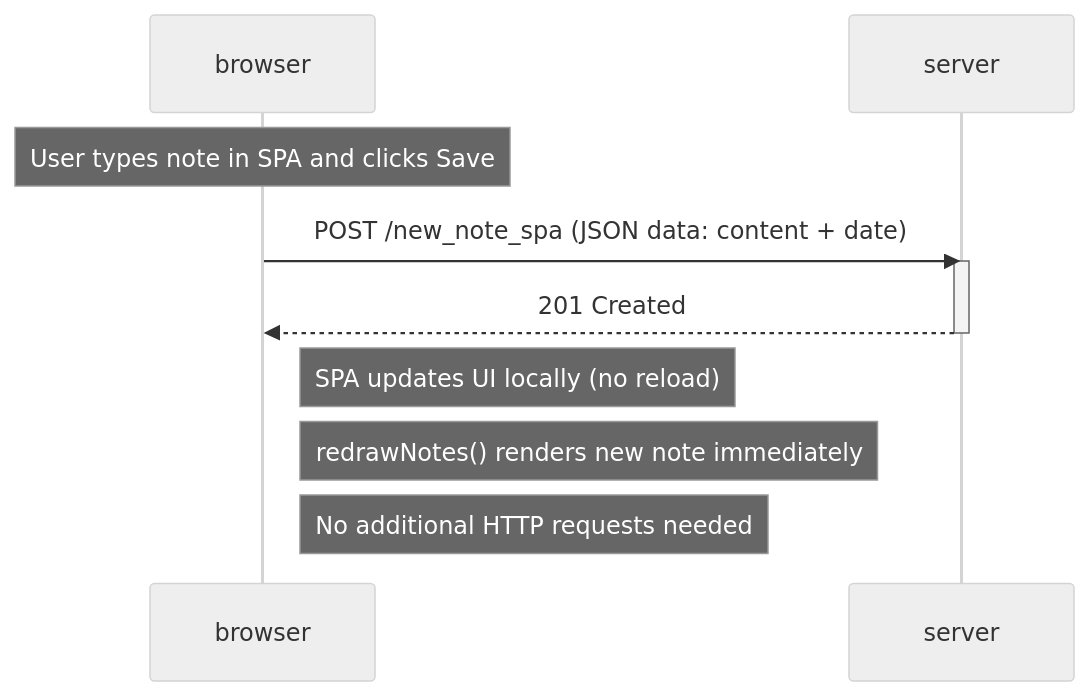
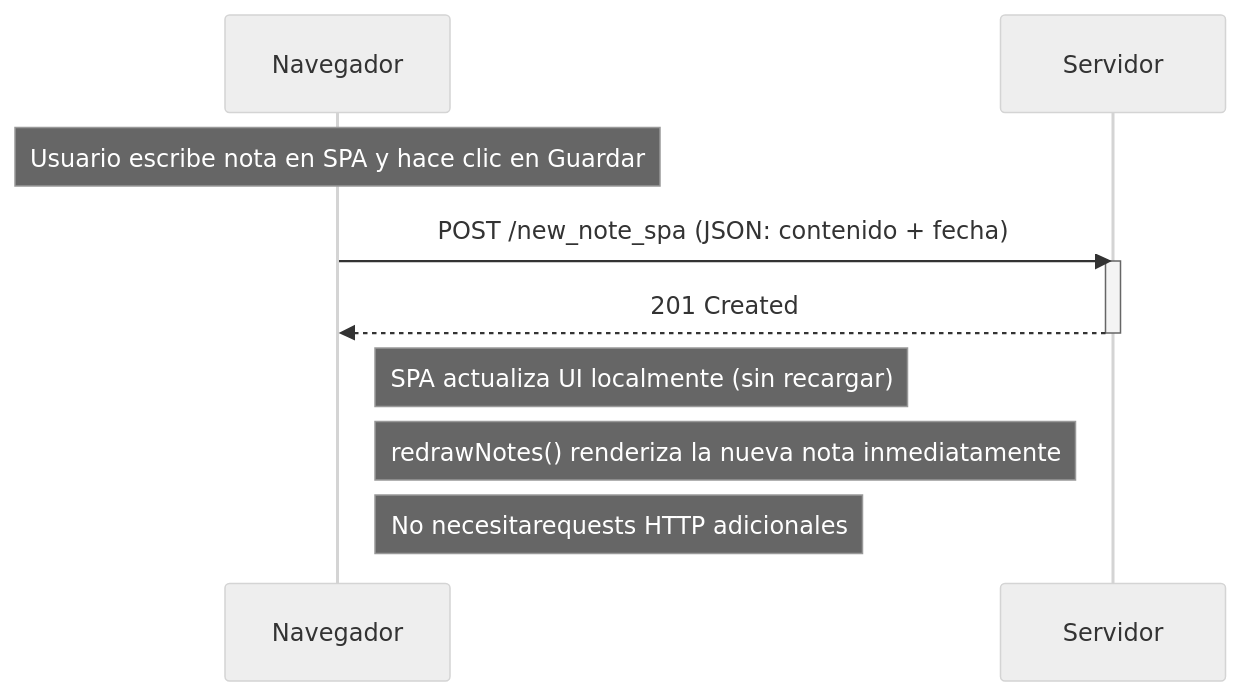
One commit to brujo-rojas/fullstackopen-open changed the diagram in part0/0.6-spa-new-note.mmd. Above: the diagram before and after it, drawn with Mermaid (neutral theme). The commit also changed 2 other files, not shown here.

Commit message:
fix: diagrams in Spanish, more descriptive

```diff
--- a/part0/0.6-spa-new-note.mmd
+++ b/part0/0.6-spa-new-note.mmd
@@ -1,13 +1,13 @@
 sequenceDiagram
-    participant browser
-    participant server
+    participant Navegador
+    participant Servidor
 
-    Note over browser: User types note in SPA and clicks Save
-    browser->>server: POST /new_note_spa (JSON data: content + date)
-    activate server
-    server-->>browser: 201 Created
-    deactivate server
+    Note over Navegador: Usuario escribe nota en SPA y hace clic en Guardar
+    Navegador->>Servidor: POST /new_note_spa (JSON: contenido + fecha)
+    activate Servidor
+    Servidor-->>Navegador: 201 Created
+    deactivate Servidor
 
-    Note right of browser: SPA updates UI locally (no reload)
-    Note right of browser: redrawNotes() renders new note immediately
-    Note right of browser: No additional HTTP requests needed
+    Note right of Navegador: SPA actualiza UI localmente (sin recargar)
+    Note right of Navegador: redrawNotes() renderiza la nueva nota inmediatamente
+    Note right of Navegador: No necesitarequests HTTP adicionales
```
